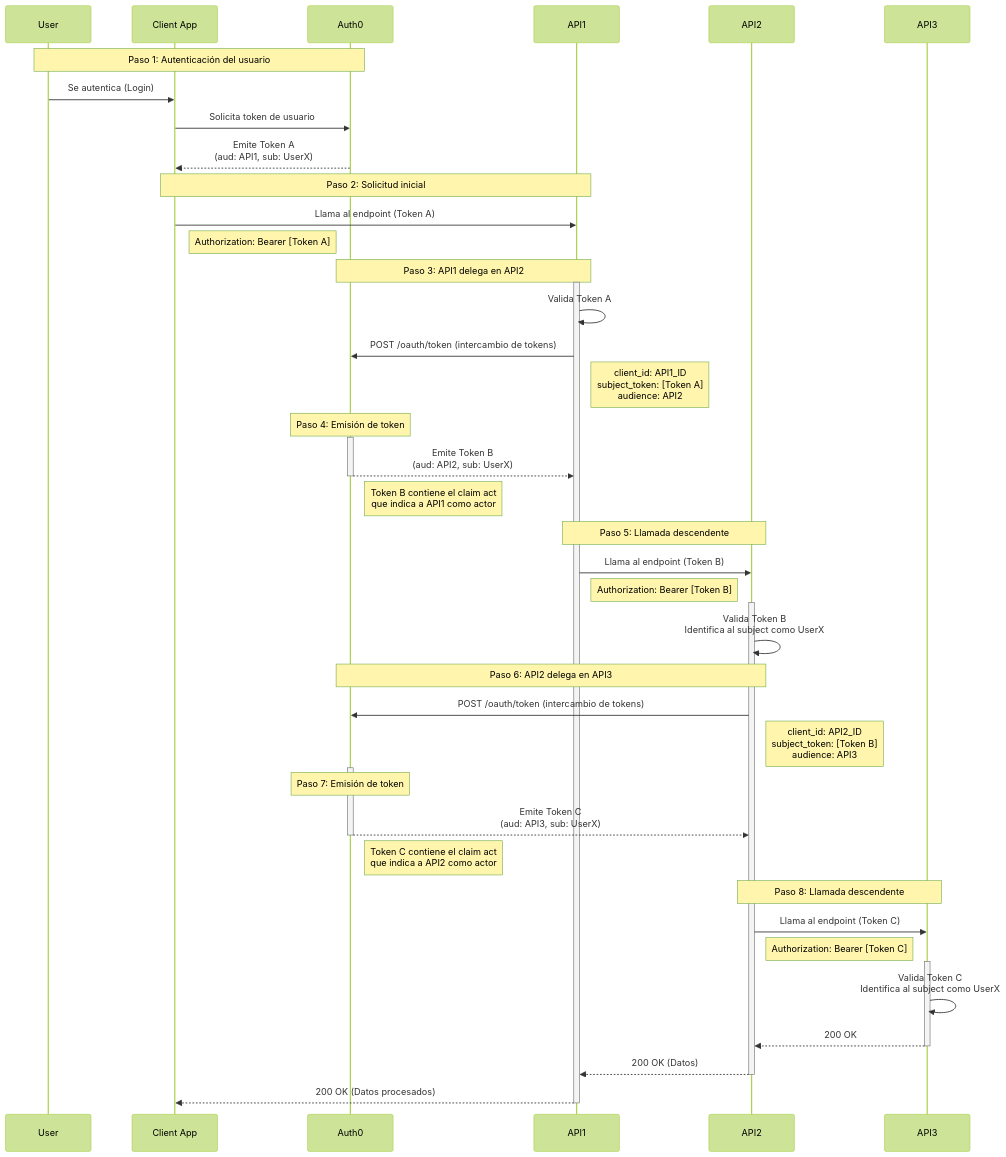
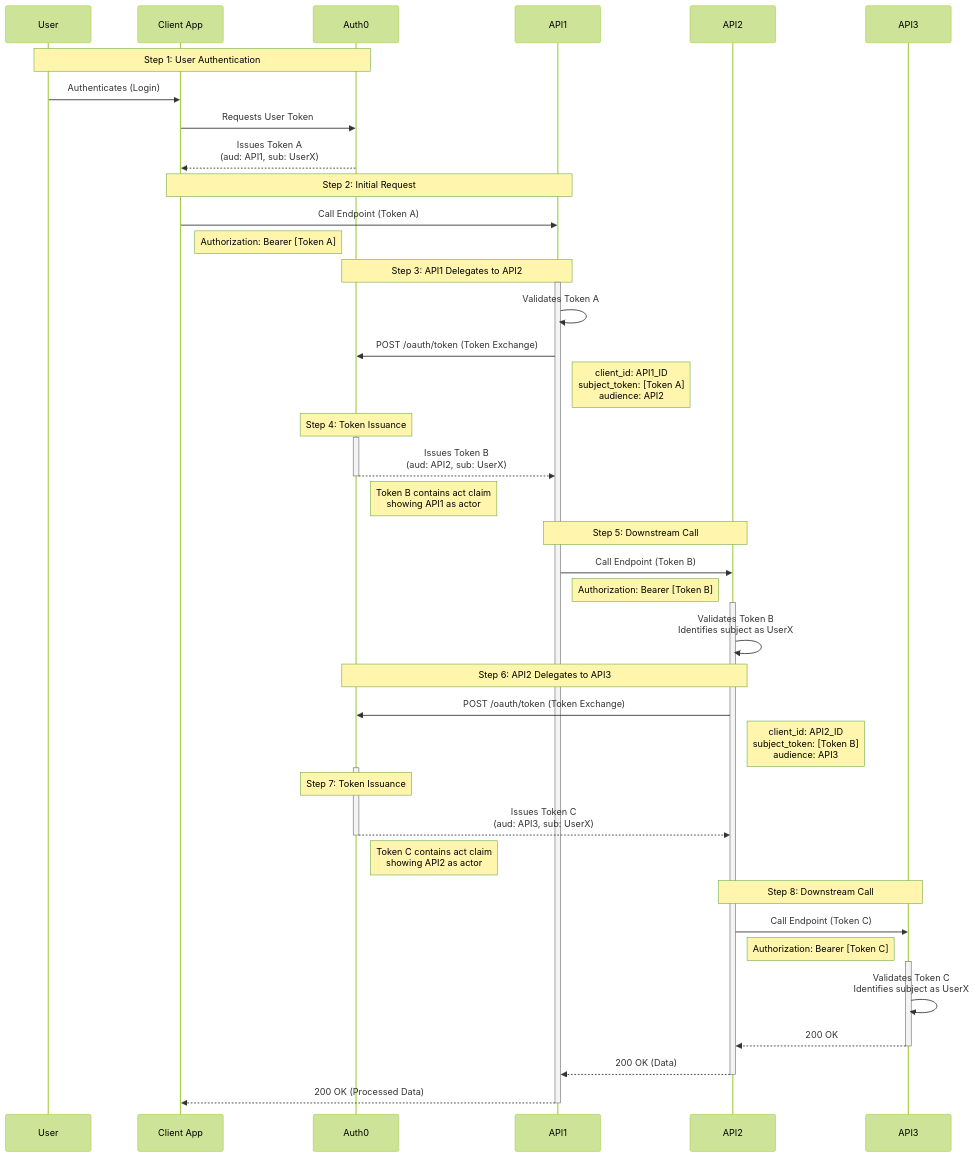
Before and after one commit to mikemimik/docs-v2: the second of 2 diagrams in main/docs/es/secure/call-apis-on-users-behalf/on-behalf-of-token-exchange.mdx, drawn with Mermaid (forest theme). The commit also changed other lines of this file and 5786 other files, not shown here.

````diff
--- a/main/docs/es/secure/call-apis-on-users-behalf/on-behalf-of-token-exchange.mdx
+++ b/main/docs/es/secure/call-apis-on-users-behalf/on-behalf-of-token-exchange.mdx
@@ -208,59 +208,59 @@
 ```mermaid
 sequenceDiagram
     participant User
     participant Client App
     participant Auth0
     participant API1
     participant API2
     participant API3
 
-    Note over User,Auth0: Paso 1: Autenticación del usuario
-    User->>Client App: Se autentica (Login)
-    Client App->>Auth0: Solicita token de usuario
-    Auth0-->>Client App: Emite Token A<br/>(aud: API1, sub: UserX)
+    Note over User,Auth0: Step 1: User Authentication
+    User->>Client App: Authenticates (Login)
+    Client App->>Auth0: Requests User Token
+    Auth0-->>Client App: Issues Token A<br/>(aud: API1, sub: UserX)
 
-    Note over Client App,API1: Paso 2: Solicitud inicial
-    Client App->>API1: Llama al endpoint (Token A)
+    Note over Client App,API1: Step 2: Initial Request
+    Client App->>API1: Call Endpoint (Token A)
     Note right of Client App: Authorization: Bearer [Token A]
 
-    Note over API1,Auth0: Paso 3: API1 delega en API2
+    Note over API1,Auth0: Step 3: API1 Delegates to API2
     activate API1
-    API1->>API1: Valida Token A
-    API1->>Auth0: POST /oauth/token (intercambio de tokens)
+    API1->>API1: Validates Token A
+    API1->>Auth0: POST /oauth/token (Token Exchange)
     Note right of API1: client_id: API1_ID<br/>subject_token: [Token A]<br/>audience: API2
 
-    Note over Auth0: Paso 4: Emisión de token
+    Note over Auth0: Step 4: Token Issuance
     activate Auth0
-    Auth0-->>API1: Emite Token B<br/>(aud: API2, sub: UserX)
+    Auth0-->>API1: Issues Token B<br/>(aud: API2, sub: UserX)
     deactivate Auth0
-    Note right of Auth0: Token B contiene el claim act<br/>que indica a API1 como actor
+    Note right of Auth0: Token B contains act claim<br/>showing API1 as actor
 
-    Note over API1,API2: Paso 5: Llamada descendente
-    API1->>API2: Llama al endpoint (Token B)
+    Note over API1,API2: Step 5: Downstream Call
+    API1->>API2: Call Endpoint (Token B)
     Note right of API1: Authorization: Bearer [Token B]
     activate API2
-    API2->>API2: Valida Token B<br/>Identifica al subject como UserX
+    API2->>API2: Validates Token B<br/>Identifies subject as UserX
 
-    Note over API2,Auth0: Paso 6: API2 delega en API3
-    API2->>Auth0: POST /oauth/token (intercambio de tokens)
+    Note over API2,Auth0: Step 6: API2 Delegates to API3
+    API2->>Auth0: POST /oauth/token (Token Exchange)
     Note right of API2: client_id: API2_ID<br/>subject_token: [Token B]<br/>audience: API3
     activate Auth0
 
-    Note over Auth0: Paso 7: Emisión de token
-    Auth0-->>API2: Emite Token C<br/>(aud: API3, sub: UserX)
+    Note over Auth0: Step 7: Token Issuance
+    Auth0-->>API2: Issues Token C<br/>(aud: API3, sub: UserX)
     deactivate Auth0
-    Note right of Auth0: Token C contiene el claim act<br/>que indica a API2 como actor
+    Note right of Auth0: Token C contains act claim<br/>showing API2 as actor
 
-    Note over API2,API3: Paso 8: Llamada descendente
-    API2->>API3: Llama al endpoint (Token C)
+    Note over API2,API3: Step 8: Downstream Call
+    API2->>API3: Call Endpoint (Token C)
     Note right of API2: Authorization: Bearer [Token C]
     activate API3
-    API3->>API3: Valida Token C<br/>Identifica al subject como UserX
+    API3->>API3: Validates Token C<br/>Identifies subject as UserX
     API3-->>API2: 200 OK
     deactivate API3
 
-    API2-->>API1: 200 OK (Datos)
+    API2-->>API1: 200 OK (Data)
     deactivate API2
-    API1-->>Client App: 200 OK (Datos procesados)
+    API1-->>Client App: 200 OK (Processed Data)
     deactivate API1
 ```
````
